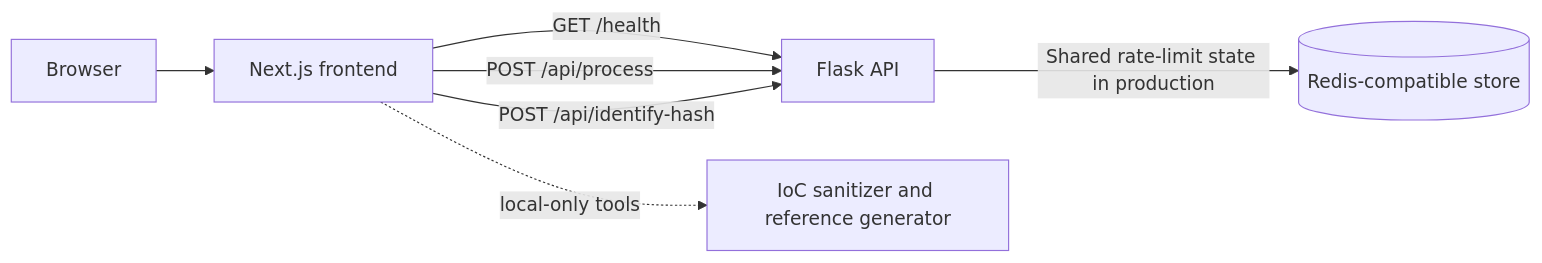
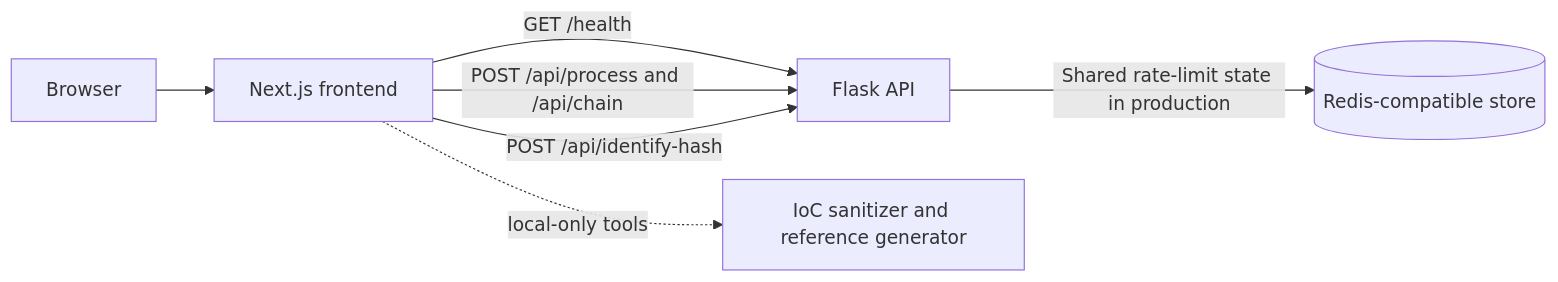
The diagram in README.md (AdithyaValke/Sentinel-X-Toolkit), drawn with Mermaid before and after one commit. The commit also changed other lines of this file and 12 other files, not shown here.

```diff
--- a/README.md
+++ b/README.md
@@ -81,9 +85,9 @@
 ~~~mermaid
 flowchart LR
     U[Browser] --> N[Next.js frontend]
     N -->|GET /health| F[Flask API]
-    N -->|POST /api/process| F
+    N -->|POST /api/process and /api/chain| F
     N -->|POST /api/identify-hash| F
     F -->|Shared rate-limit state in production| R[(Redis-compatible store)]
     N -. local-only tools .-> L[IoC sanitizer and reference generator]
 ~~~
```
